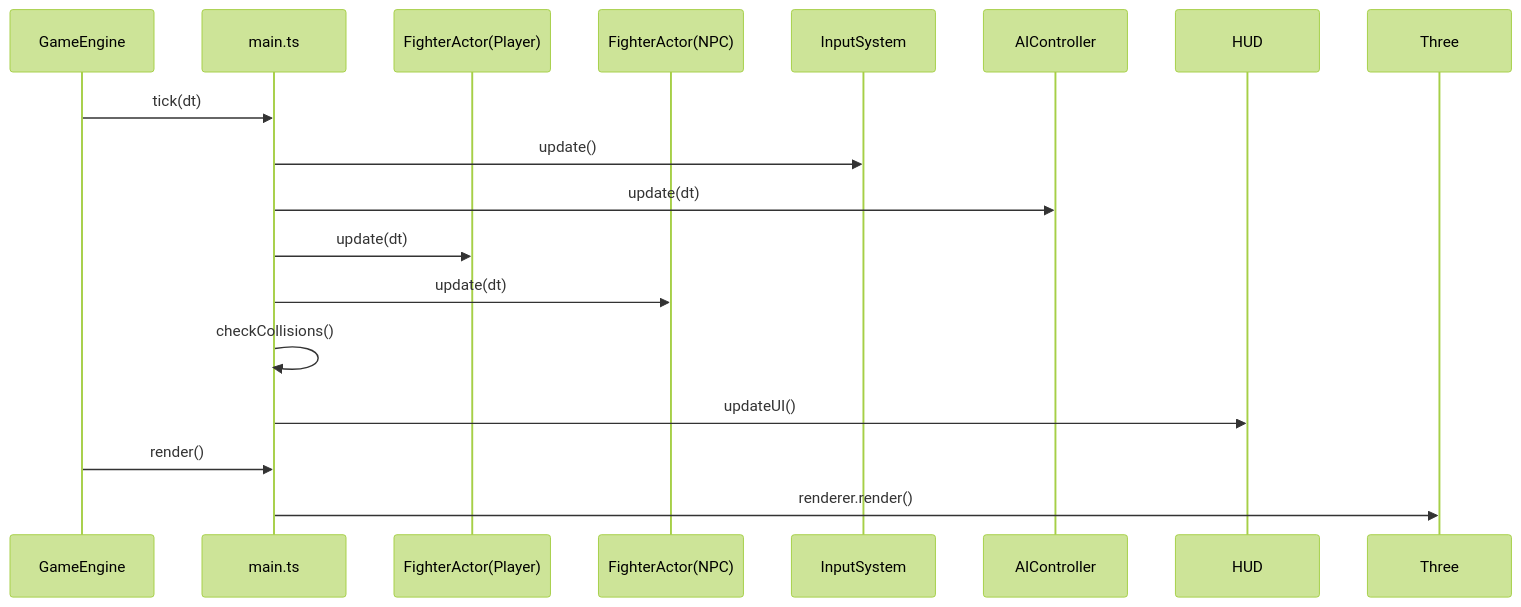
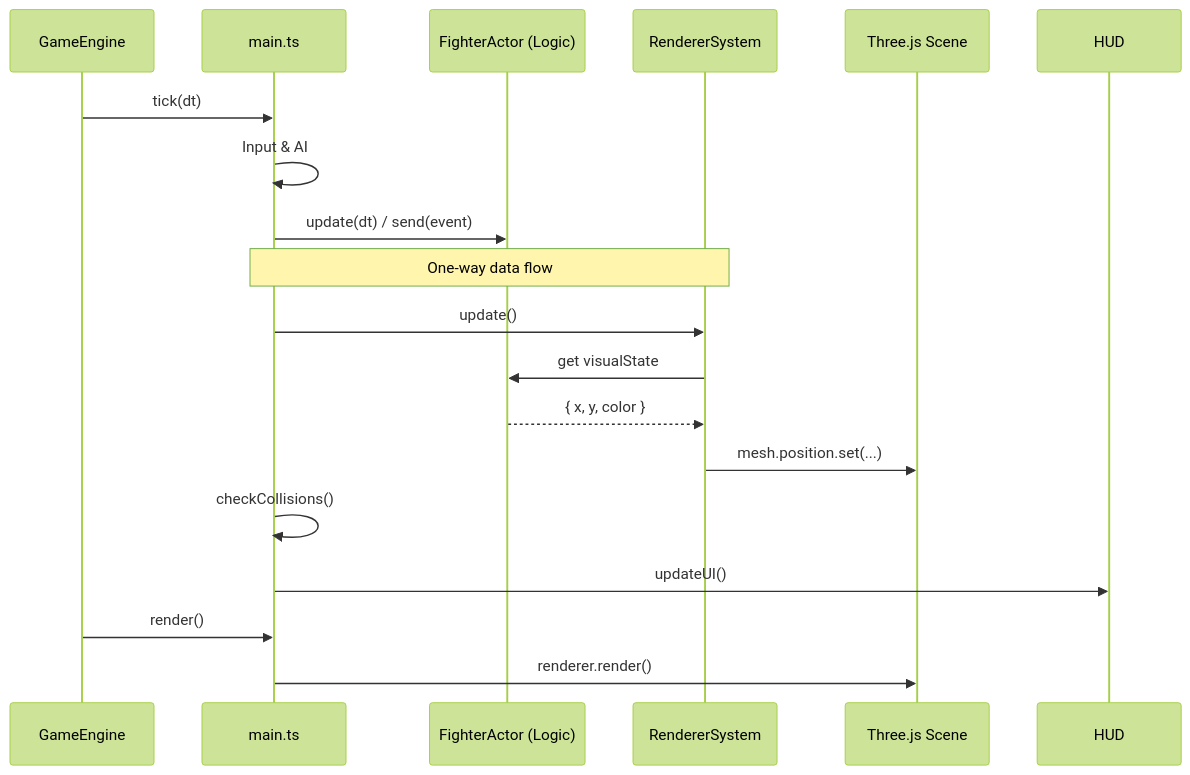
The second of 2 diagrams in README.md (GhCristea/xstate-threejs-fighting-template), drawn with Mermaid (forest theme) before and after one commit. The commit also changed other lines of this file, not shown here.

Commit message:
Update docs/diagrams to reflect decoupled architecture and typed islands

````diff
--- a/README.md
+++ b/README.md
@@ -116,18 +121,24 @@
 ```mermaid
 sequenceDiagram
   participant Engine as GameEngine
   participant Main as main.ts
-  participant P1 as FighterActor(Player)
-  participant P2 as FighterActor(NPC)
+  participant Logic as FighterActor (Logic)
+  participant Vis as RendererSystem
+  participant Three as Three.js Scene
 
   Engine->>Main: tick(dt)
-  Main->>InputSystem: update()
-  Main->>AIController: update(dt)
-  Main->>P1: update(dt)
-  Main->>P2: update(dt)
+  Main->>Main: Input & AI
+  Main->>Logic: update(dt) / send(event)
+  
+  Note over Main, Vis: One-way data flow
+  Main->>Vis: update()
+  Vis->>Logic: get visualState
+  Logic-->>Vis: { x, y, color }
+  Vis->>Three: mesh.position.set(...)
+  
   Main->>Main: checkCollisions()
   Main->>HUD: updateUI()
   
   Engine->>Main: render()
   Main->>Three: renderer.render()
 ```
````
